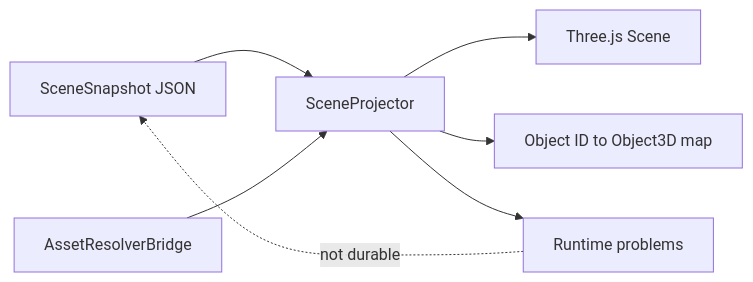
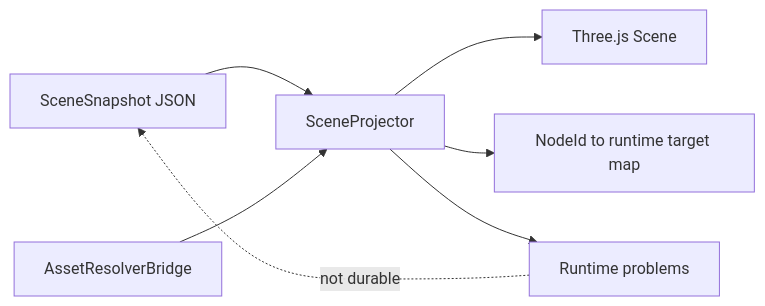
One commit to rookielzy/ek-aiot-3d-editor changed the third of 3 diagrams in docs/architecture.md. Above: the diagram before and after it, drawn with Mermaid. The commit also changed other lines of this file and 30 other files, not shown here.

````diff
--- a/docs/architecture.md
+++ b/docs/architecture.md
@@ -66,9 +66,9 @@
 ```mermaid
 flowchart LR
   Snapshot[SceneSnapshot JSON] --> Projector[SceneProjector]
   Resolver[AssetResolverBridge] --> Projector
   Projector --> ThreeScene[Three.js Scene]
-  Projector --> ObjectMap[Object ID to Object3D map]
+  Projector --> NodeMap[NodeId to runtime target map]
   Projector --> RuntimeProblems[Runtime problems]
   RuntimeProblems -.not durable.-> Snapshot
 ```
````
